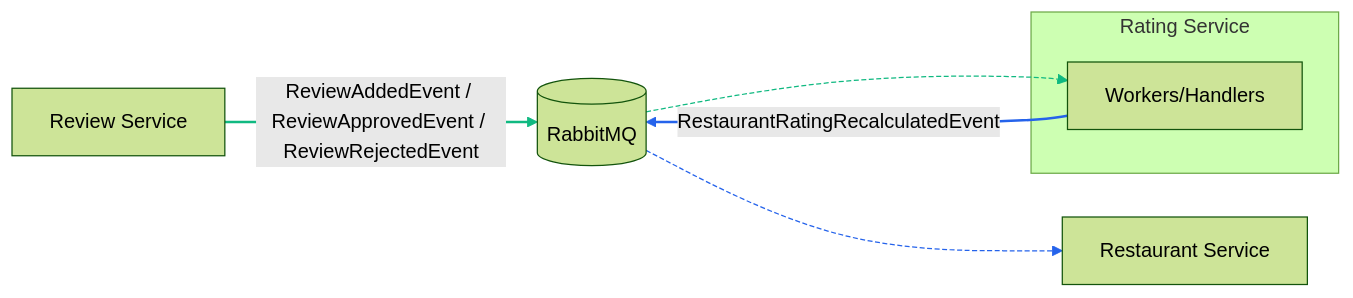
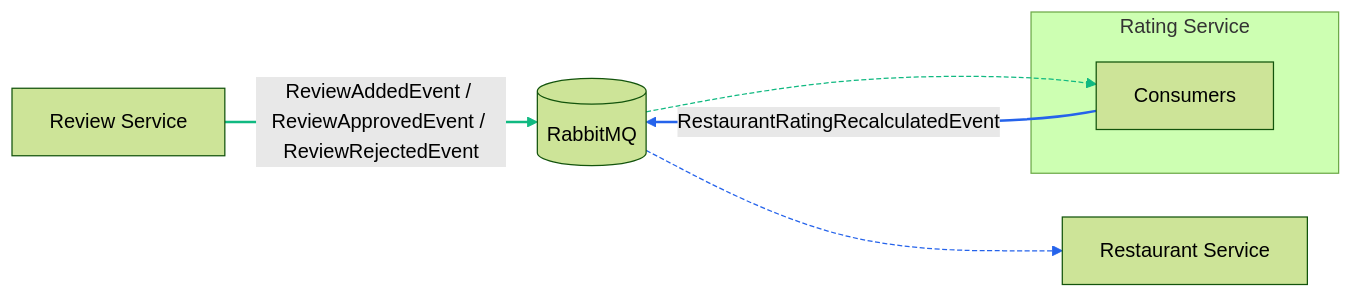
The first of 2 diagrams in docs/services/RatingService.md (bagermoon/otuscode), drawn with Mermaid (forest theme) before and after one commit. The commit also changed 14 other files, not shown here.

````diff
--- a/docs/services/RatingService.md
+++ b/docs/services/RatingService.md
@@ -90,25 +90,25 @@
 ```mermaid
 flowchart LR
     %% Входящие события от Review
     RV[Review Service] -- ReviewAddedEvent / ReviewApprovedEvent / ReviewRejectedEvent --> MQ[(RabbitMQ)]
     MQ --> RT
 
     subgraph Rating_Service[Rating Service]
-        RT[Workers/Handlers]
+        RT[Consumers]
     end
 
     %% Исходящая проекция рейтинга
     RT -- RestaurantRatingRecalculatedEvent --> MQ
     MQ --> RS[Restaurant Service]
 
     %% Подсветка стрелок для визуализации семейств событий
     %% 0: RV->MQ (события Review)
     linkStyle 0 stroke:#10b981,stroke-width:2px
     %% 1: MQ->RT (доставка событий Review)
     linkStyle 1 stroke:#10b981,stroke-dasharray: 4 2
 
     %% 2: RT->MQ (события Rating)
     linkStyle 2 stroke:#2563eb,stroke-width:2px
     %% 3: MQ->RS (доставка событий Rating)
     linkStyle 3 stroke:#2563eb,stroke-dasharray: 4 2
 ```
````
